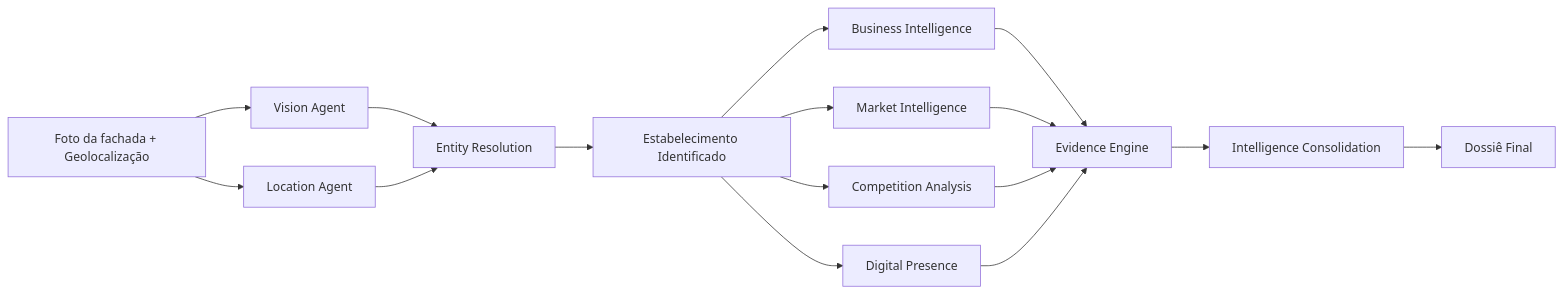
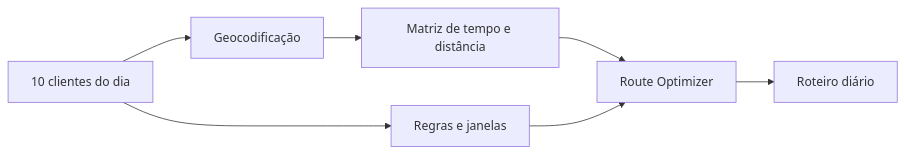
One commit to sales-force-pb/melhor-abordagem changed the second of 3 diagrams in README.md. Above: the diagram before and after it, drawn with Mermaid. The commit also changed other lines of this file, not shown here.

````diff
--- a/README.md
+++ b/README.md
@@ -15,30 +34,15 @@
 ```mermaid
 flowchart LR
-    A[Foto da fachada + Geolocalização]
-    B[Vision Agent]
-    C[Location Agent]
-    D[Entity Resolution]
-    E[Estabelecimento Identificado]
-    F[Business Intelligence]
-    G[Market Intelligence]
-    H[Competition Analysis]
-    I[Digital Presence]
-    J[Evidence Engine]
-    K[Intelligence Consolidation]
-    L[Dossiê Final]
+    A[10 clientes do dia]
+    B[Geocodificação]
+    C[Matriz de tempo e distância]
+    D[Regras e janelas]
+    E[Route Optimizer]
+    F[Roteiro diário]
     A --> B
-    A --> C
-    B --> D
-    C --> D
+    B --> C
+    A --> D
+    C --> E
     D --> E
     E --> F
-    E --> G
-    E --> H
-    E --> I
-    F --> J
-    G --> J
-    H --> J
-    I --> J
-    J --> K
-    K --> L
 ```
````
